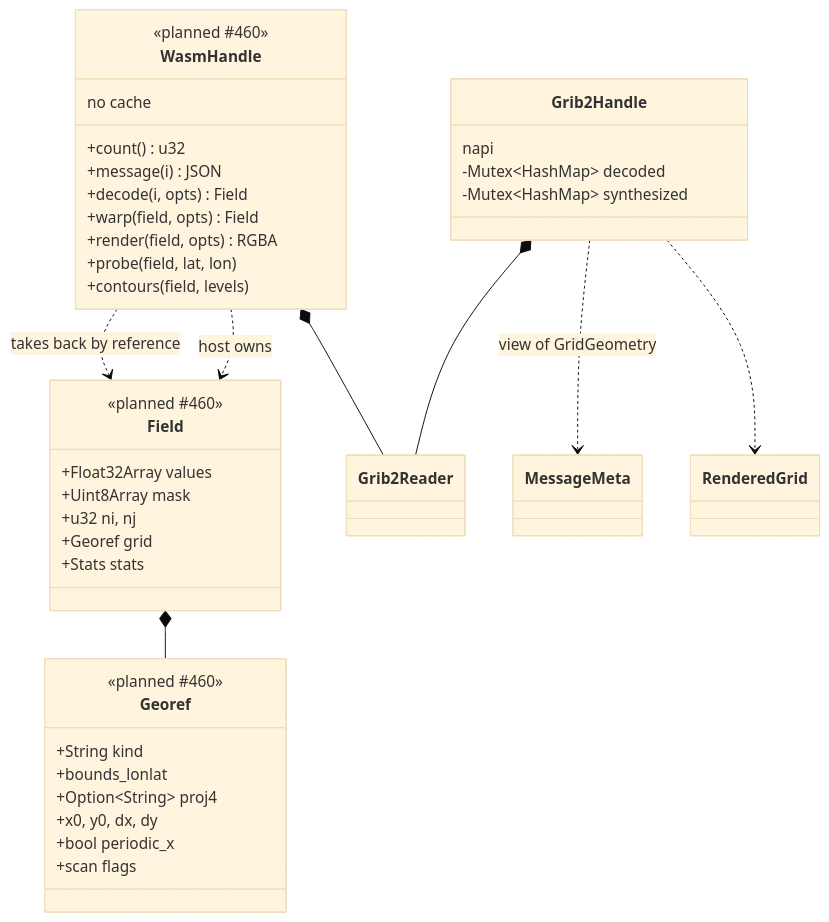
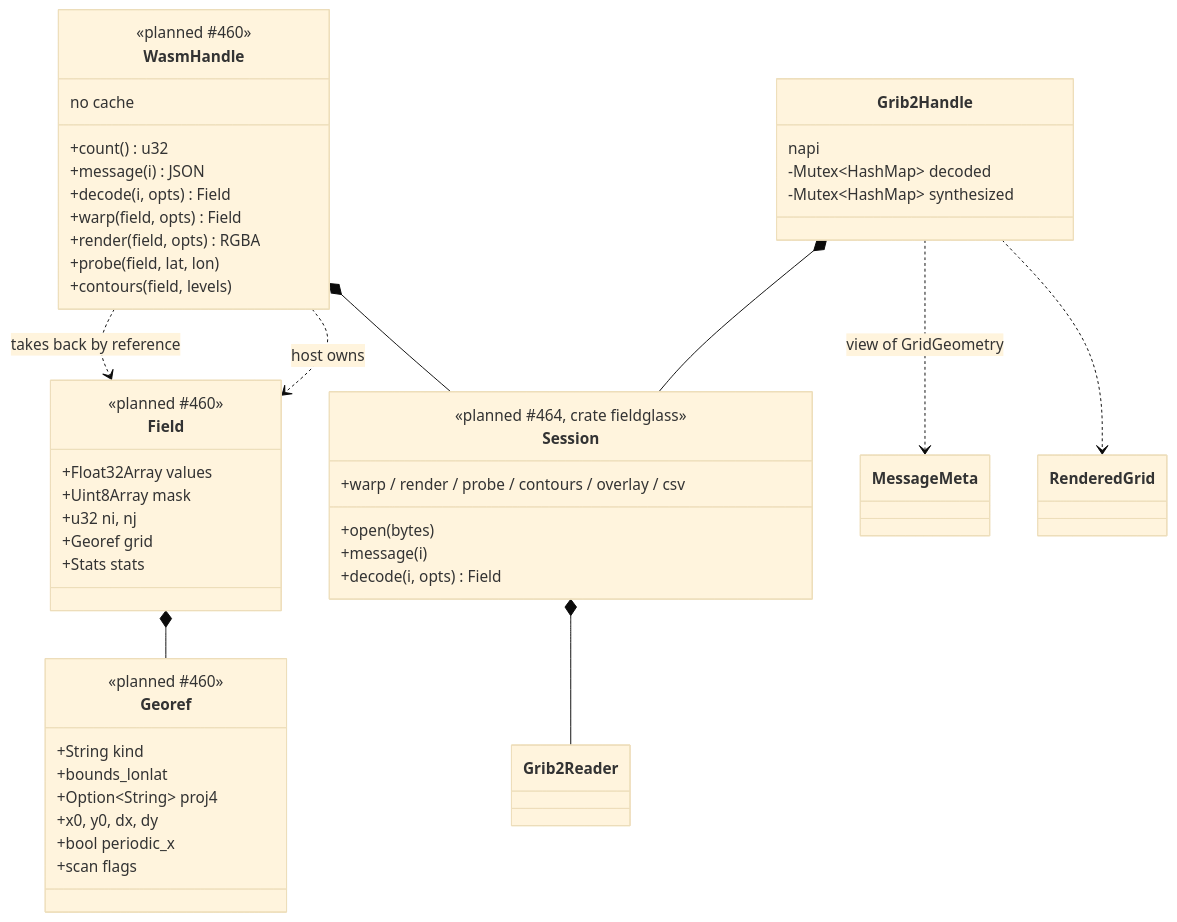
The fourth of 4 diagrams in docs/architecture/planned/03-composition.md (D0ubleD0uble/fieldglass), drawn with Mermaid (base theme) before and after one commit. The commit also changed other lines of this file and 6 other files, not shown here.

````diff
--- a/docs/architecture/planned/03-composition.md
+++ b/docs/architecture/planned/03-composition.md
@@ -89,43 +92,51 @@
 ```mermaid
 classDiagram
     class Grib2Handle {
         napi
         -Mutex~HashMap~ decoded
         -Mutex~HashMap~ synthesized
     }
     class WasmHandle {
         <<planned #460>>
         no cache
         +count() u32
         +message(i) JSON
         +decode(i, opts) Field
         +warp(field, opts) Field
         +render(field, opts) RGBA
         +probe(field, lat, lon)
         +contours(field, levels)
     }
     class Field {
         <<planned #460>>
         +Float32Array values
         +Uint8Array mask
         +u32 ni, nj
         +Georef grid
         +Stats stats
     }
     class Georef {
         <<planned #460>>
         +String kind
         +bounds_lonlat
         +Option~String~ proj4
         +x0, y0, dx, dy
         +bool periodic_x
         +scan flags
     }
-    Grib2Handle *-- Grib2Reader
-    WasmHandle *-- Grib2Reader
+    class Session {
+        <<planned #464, crate fieldglass>>
+        +open(bytes)
+        +message(i)
+        +decode(i, opts) Field
+        +warp / render / probe / contours / overlay / csv
+    }
+    Grib2Handle *-- Session
+    WasmHandle *-- Session
+    Session *-- Grib2Reader
     Grib2Handle ..> MessageMeta : view of GridGeometry
     Grib2Handle ..> RenderedGrid
     WasmHandle ..> Field : host owns
     Field *-- Georef
     WasmHandle ..> Field : takes back by reference
 ```
````
